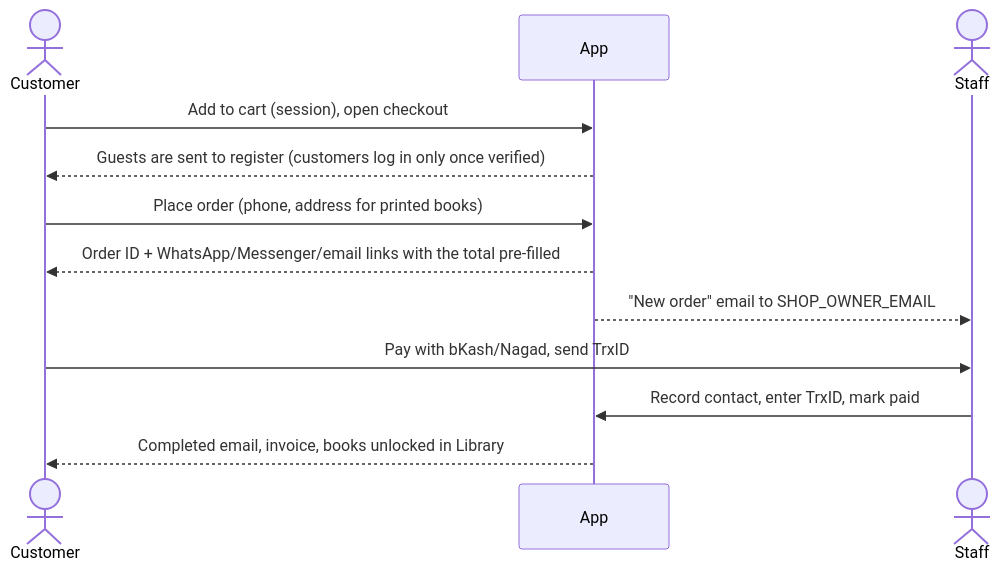
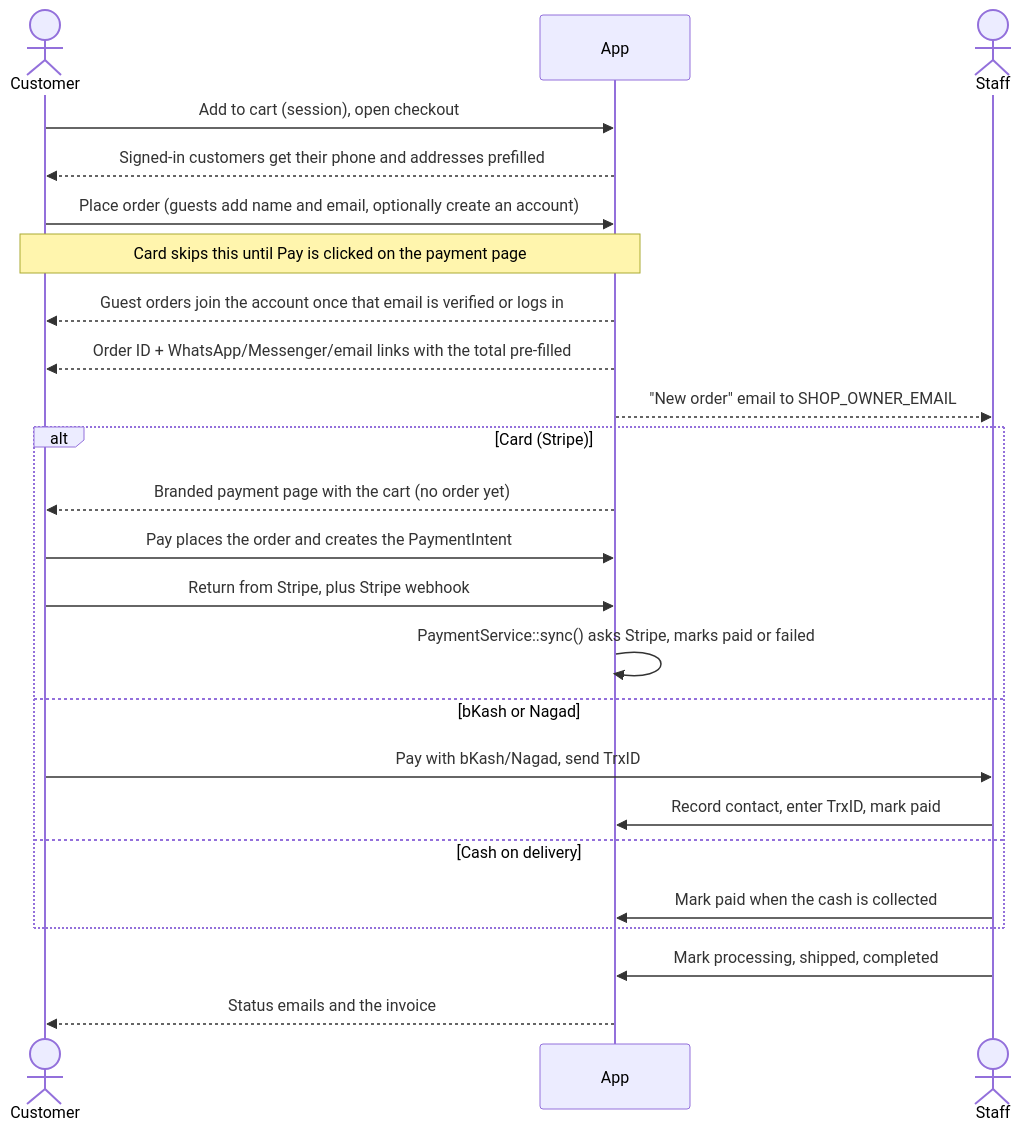
The fifth of 11 diagrams in DIAGRAM.md (salehibneomar/amar-ecommerce), drawn with Mermaid before and after one commit. The commit also changed other lines of this file and 246 other files, not shown here.

Commit message:
UI overhaul and centralized, stripe added, payment and order mamagement overhaul

````diff
--- a/DIAGRAM.md
+++ b/DIAGRAM.md
@@ -503,14 +491,26 @@
 ```mermaid
 sequenceDiagram
     actor C as Customer
     participant App
     actor S as Staff
     C->>App: Add to cart (session), open checkout
-    App-->>C: Guests are sent to register (customers log in only once verified)
-    C->>App: Place order (phone, address for printed books)
+    App-->>C: Signed-in customers get their phone and addresses prefilled
+    C->>App: Place order (guests add name and email, optionally create an account)
+    Note over C,App: Card skips this until Pay is clicked on the payment page
+    App-->>C: Guest orders join the account once that email is verified or logs in
     App-->>C: Order ID + WhatsApp/Messenger/email links with the total pre-filled
     App-->>S: "New order" email to SHOP_OWNER_EMAIL
-    C->>S: Pay with bKash/Nagad, send TrxID
-    S->>App: Record contact, enter TrxID, mark paid
-    App-->>C: Completed email, invoice, books unlocked in Library
+    alt Card (Stripe)
+        App-->>C: Branded payment page with the cart (no order yet)
+        C->>App: Pay places the order and creates the PaymentIntent
+        C->>App: Return from Stripe, plus Stripe webhook
+        App->>App: PaymentService::sync() asks Stripe, marks paid or failed
+    else bKash or Nagad
+        C->>S: Pay with bKash/Nagad, send TrxID
+        S->>App: Record contact, enter TrxID, mark paid
+    else Cash on delivery
+        S->>App: Mark paid when the cash is collected
+    end
+    S->>App: Mark processing, shipped, completed
+    App-->>C: Status emails and the invoice
 ```
````
